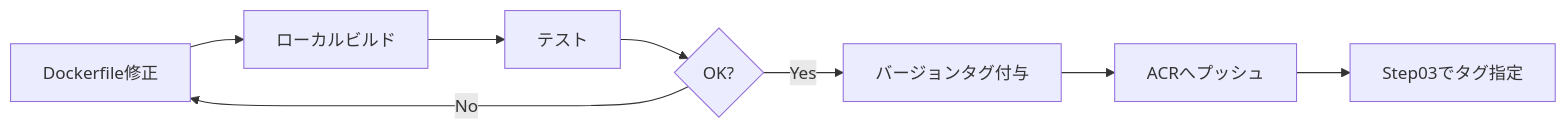
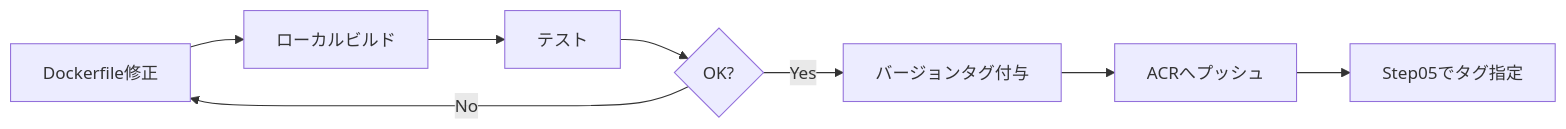
The diagram in bicep/step01-container-registry/README.md (matakaha/internal_rag_Application_deployment_step_by_step), drawn with Mermaid before and after one commit. The commit also changed other lines of this file and 14 other files, not shown here.

````diff
--- a/bicep/step01-container-registry/README.md
+++ b/bicep/step01-container-registry/README.md
@@ -478,10 +478,10 @@
 ```mermaid
 graph LR
     A[Dockerfile修正] --> B[ローカルビルド]
     B --> C[テスト]
     C --> D{OK?}
     D -->|Yes| E[バージョンタグ付与]
     D -->|No| A
     E --> F[ACRへプッシュ]
-    F --> G[Step03でタグ指定]
+    F --> G[Step05でタグ指定]
 ```
````
